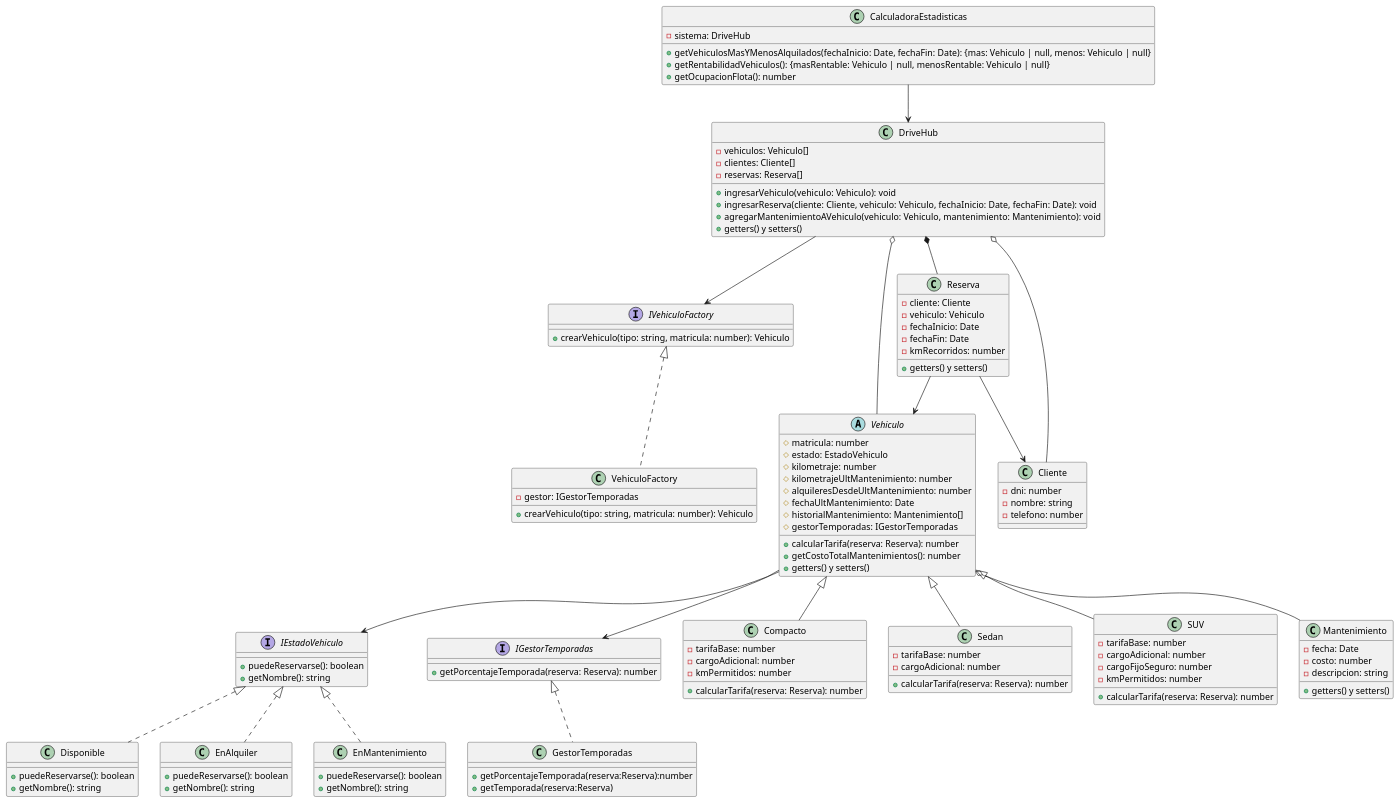
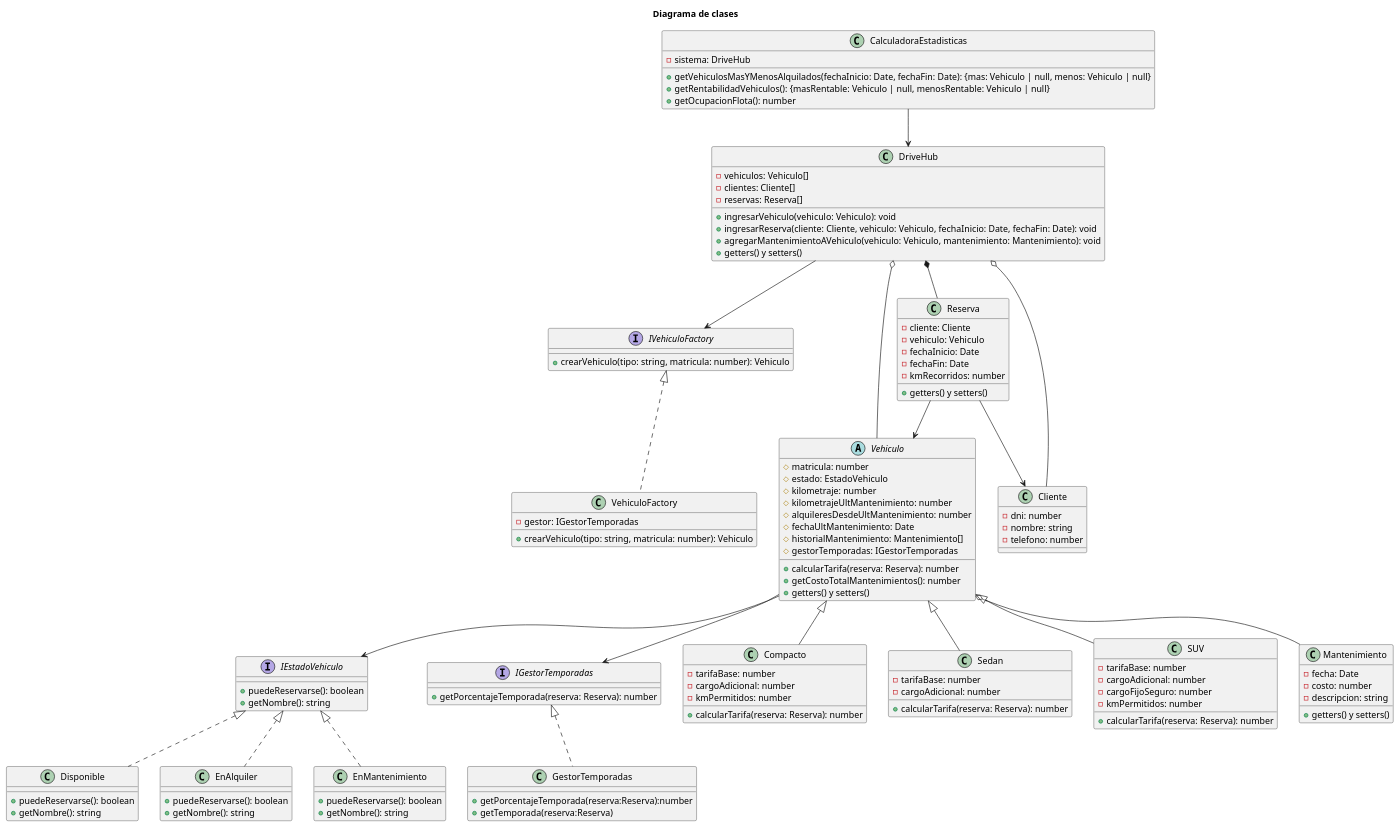
The diagram in diagramas/clases/diagrama.puml (diegolacosta02/TP-Programacion-II), drawn with PlantUML before and after one commit. The commit also changed 47 other files, not shown here.

Commit message:
agrego diagrama de secuencia

```diff
--- a/diagramas/clases/diagrama.puml
+++ b/diagramas/clases/diagrama.puml
@@ -1,134 +1,135 @@
 @startuml Trabajo Practico Alquiler de Autos
+title Diagrama de clases
 interface IEstadoVehiculo {
     + puedeReservarse(): boolean
     + getNombre(): string
 }
 
 class Disponible implements IEstadoVehiculo {
     + puedeReservarse(): boolean
     + getNombre(): string
 }
 
 class EnAlquiler implements IEstadoVehiculo {
     + puedeReservarse(): boolean
     + getNombre(): string
 }
 
 class EnMantenimiento implements IEstadoVehiculo {
     + puedeReservarse(): boolean
     + getNombre(): string
 }
 
 interface IVehiculoFactory {
     + crearVehiculo(tipo: string, matricula: number): Vehiculo
 }
 
 class VehiculoFactory implements IVehiculoFactory {
     - gestor: IGestorTemporadas
     + crearVehiculo(tipo: string, matricula: number): Vehiculo
 }
 
 interface IGestorTemporadas {
     + getPorcentajeTemporada(reserva: Reserva): number
 }
 
 class GestorTemporadas {
     + getPorcentajeTemporada(reserva:Reserva):number
     + getTemporada(reserva:Reserva)
 }
 
 class DriveHub {
     - vehiculos: Vehiculo[]
     - clientes: Cliente[]
     - reservas: Reserva[]
 
     + ingresarVehiculo(vehiculo: Vehiculo): void
     + ingresarReserva(cliente: Cliente, vehiculo: Vehiculo, fechaInicio: Date, fechaFin: Date): void
     + agregarMantenimientoAVehiculo(vehiculo: Vehiculo, mantenimiento: Mantenimiento): void
     + getters() y setters()
 }
 
 class CalculadoraEstadisticas {
     - sistema: DriveHub
 
     + getVehiculosMasYMenosAlquilados(fechaInicio: Date, fechaFin: Date): {mas: Vehiculo | null, menos: Vehiculo | null}
     + getRentabilidadVehiculos(): {masRentable: Vehiculo | null, menosRentable: Vehiculo | null}
     + getOcupacionFlota(): number
 }
 
 abstract class Vehiculo {
     # matricula: number
     # estado: EstadoVehiculo
     # kilometraje: number
     # kilometrajeUltMantenimiento: number
     # alquileresDesdeUltMantenimiento: number
     # fechaUltMantenimiento: Date
     # historialMantenimiento: Mantenimiento[]
     # gestorTemporadas: IGestorTemporadas
 
     + calcularTarifa(reserva: Reserva): number
     + getCostoTotalMantenimientos(): number
     + getters() y setters()
 }
 
 class Compacto extends Vehiculo {
     - tarifaBase: number
     - cargoAdicional: number
     - kmPermitidos: number
     + calcularTarifa(reserva: Reserva): number
 }
 
 class Sedan extends Vehiculo {
     - tarifaBase: number
     - cargoAdicional: number
     + calcularTarifa(reserva: Reserva): number
 }
 
 class SUV extends Vehiculo {
     - tarifaBase: number
     - cargoAdicional: number
     - cargoFijoSeguro: number
     - kmPermitidos: number
     + calcularTarifa(reserva: Reserva): number
 }
 
 class Cliente {
     - dni: number
     - nombre: string
     - telefono: number
 }
 
 class Reserva {
     - cliente: Cliente
     - vehiculo: Vehiculo
     - fechaInicio: Date
     - fechaFin: Date
     - kmRecorridos: number
 
     + getters() y setters()
 }
 
 class Mantenimiento {
     - fecha: Date
     - costo: number
     - descripcion: string
 
     + getters() y setters()
 }
 
 IGestorTemporadas <|.. GestorTemporadas
 
 DriveHub --> IVehiculoFactory
 DriveHub *-- Reserva
 DriveHub o-- Vehiculo
 DriveHub o-- Cliente
 
 Reserva --> Vehiculo
 Reserva --> Cliente
 Vehiculo o-- Mantenimiento
 Vehiculo --> IGestorTemporadas
 Vehiculo --> IEstadoVehiculo
 
 CalculadoraEstadisticas --> DriveHub
 
 @enduml
```
